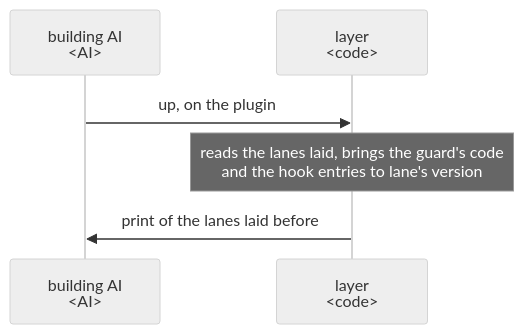
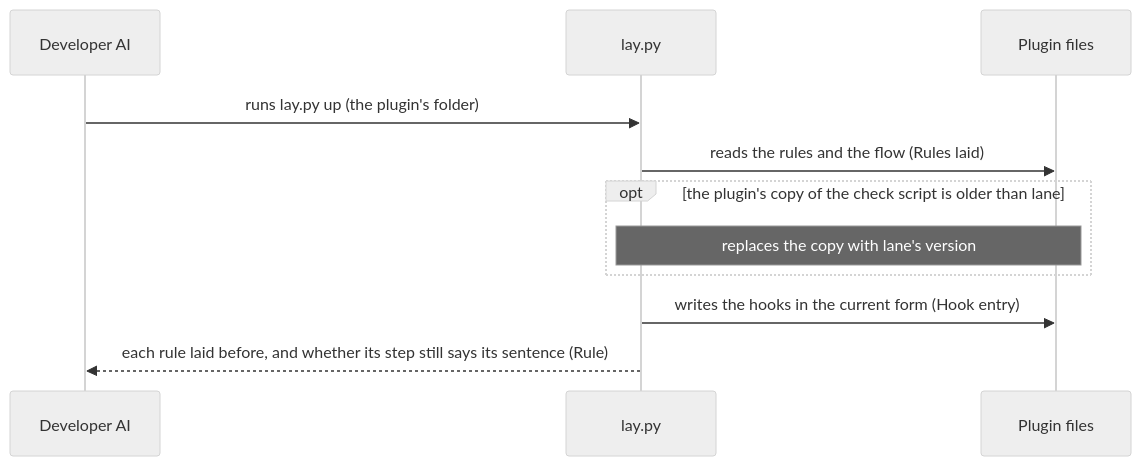
One commit to lovaizu/ccpm changed the third of 7 diagrams in dev/lane/architecture.md. Above: the diagram before and after it, drawn with Mermaid (neutral theme). The commit also changed other lines of this file and 3 other files, not shown here.

First line of the commit message:
Rewrite lane's architecture on its template and the new UX

````diff
--- a/dev/lane/architecture.md
+++ b/dev/lane/architecture.md
@@ -217,8 +263,13 @@
 ```mermaid
 sequenceDiagram
-  participant A as building AI<br/>#lt;AI#gt;
-  participant L as layer<br/>#lt;code#gt;
-  A->>L: up, on the plugin
-  Note over L: reads the lanes laid, brings the guard's code<br/>and the hook entries to lane's version
-  L->>A: print of the lanes laid before
+  participant DA as Developer AI
+  participant L as lay.py
+  participant PF as Plugin files
+  DA->>L: runs lay.py up (the plugin's folder)
+  L->>PF: reads the rules and the flow (Rules laid)
+  opt the plugin's copy of the check script is older than lane
+    Note over L,PF: replaces the copy with lane's version
+  end
+  L->>PF: writes the hooks in the current form (Hook entry)
+  L-->>DA: each rule laid before, and whether its step still says its sentence (Rule)
 ```
````
